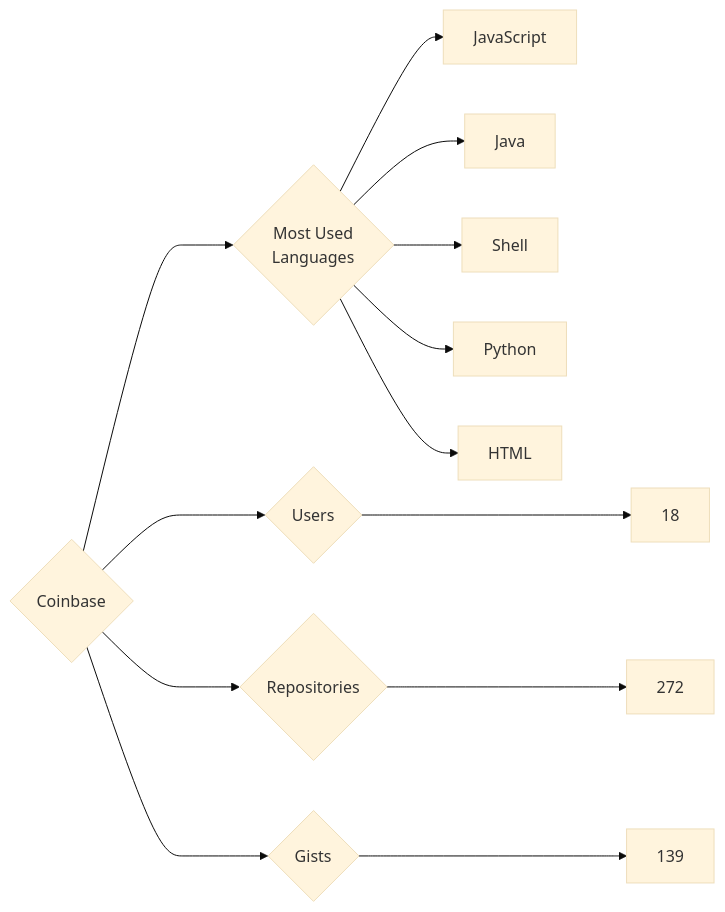
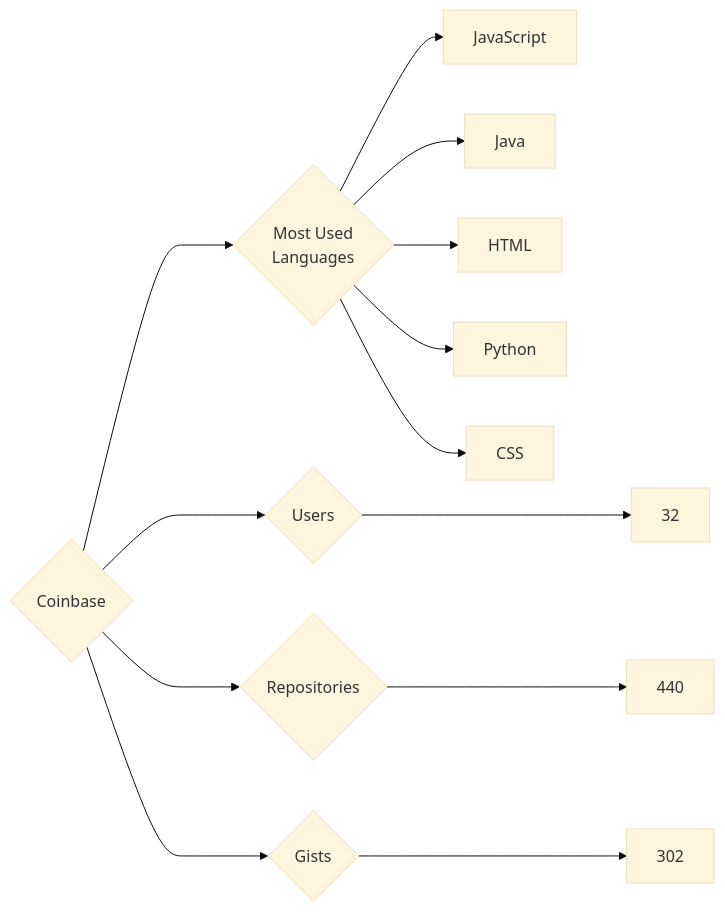
Before and after one commit to trickest/insiders: the diagram in targets/Coinbase/README.md, drawn with Mermaid (base theme). The commit also changed 951 other files, not shown here.

````diff
--- a/targets/Coinbase/README.md
+++ b/targets/Coinbase/README.md
@@ -3,13 +3,13 @@
 ```mermaid
 graph LR
 COMPANY_NAME{Coinbase}
-COMPANY_NAME ---> U{Users} ---> UN[18]
-COMPANY_NAME ---> R{Repositories} ---> RN[272]
-COMPANY_NAME ---> G{Gists} ---> GN[139]
+COMPANY_NAME ---> U{Users} ---> UN[32]
+COMPANY_NAME ---> R{Repositories} ---> RN[440]
+COMPANY_NAME ---> G{Gists} ---> GN[302]
 COMPANY_NAME ---> ML{Most Used<br>Languages}
 ML --> JavaScript[JavaScript]
 ML --> Java[Java]
-ML --> Shell[Shell]
+ML --> HTML[HTML]
 ML --> Python[Python]
-ML --> HTML[HTML]
+ML --> CSS[CSS]
 ```
````
